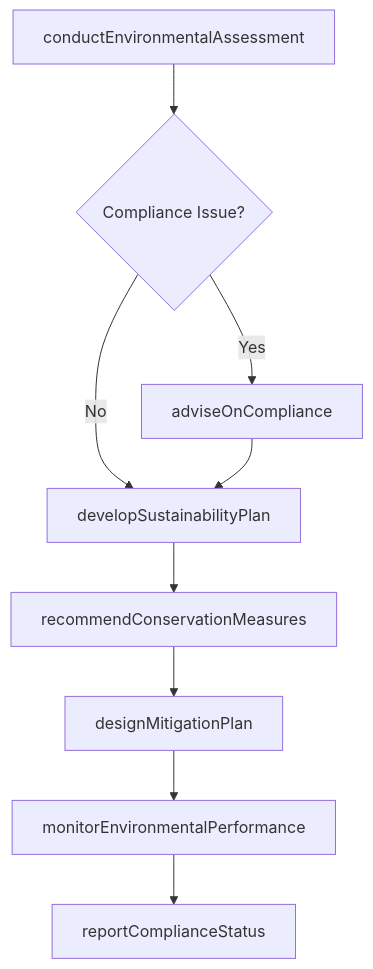
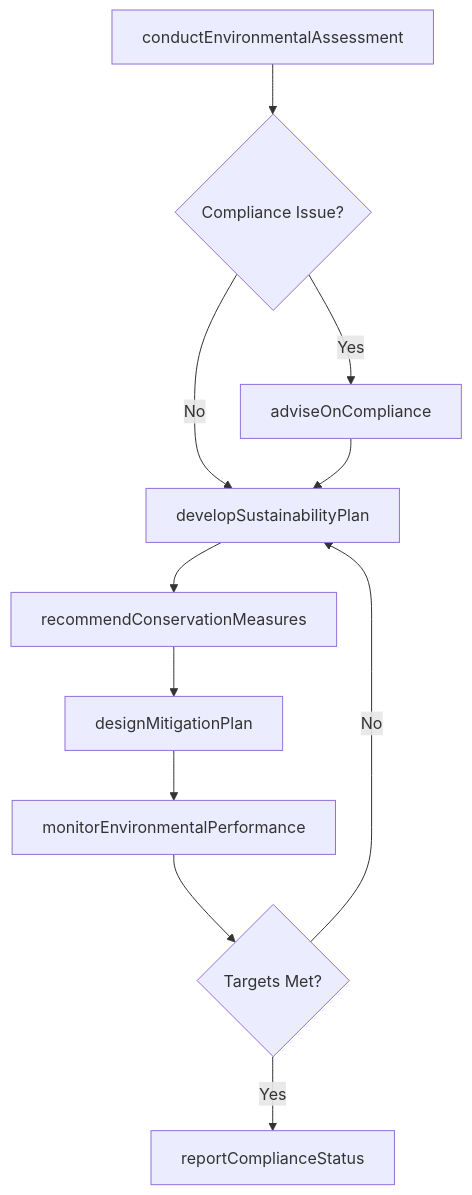
One commit to dot-org-ai/tasks.org.ai changed the third of 4 diagrams in ProvidingConsultationAndAdviceToOthers/AdviseOthersOnEnvironmentalSustainabilityOrGreenPractices/AdviseOthersAboutEnvironmentalManagement.mdx. Above: the diagram before and after it, drawn with Mermaid. The commit also changed other lines of this file and 307 other files, not shown here.

First line of the commit message:
feat: Add ER diagrams and state diagrams to remaining 308 DWA task files (wave 3 complete)

````diff
--- a/ProvidingConsultationAndAdviceToOthers/AdviseOthersOnEnvironmentalSustainabilityOrGreenPractices/AdviseOthersAboutEnvironmentalManagement.mdx
+++ b/ProvidingConsultationAndAdviceToOthers/AdviseOthersOnEnvironmentalSustainabilityOrGreenPractices/AdviseOthersAboutEnvironmentalManagement.mdx
@@ -87,11 +115,13 @@
 ```mermaid
 graph TD
     A[conductEnvironmentalAssessment] --> B{Compliance Issue?}
     B -->|Yes| C[adviseOnCompliance]
     B -->|No| D[developSustainabilityPlan]
     C --> D
     D --> E[recommendConservationMeasures]
     E --> F[designMitigationPlan]
     F --> G[monitorEnvironmentalPerformance]
-    G --> H[reportComplianceStatus]
+    G --> H{Targets Met?}
+    H -->|No| D
+    H -->|Yes| I[reportComplianceStatus]
 ```
````
